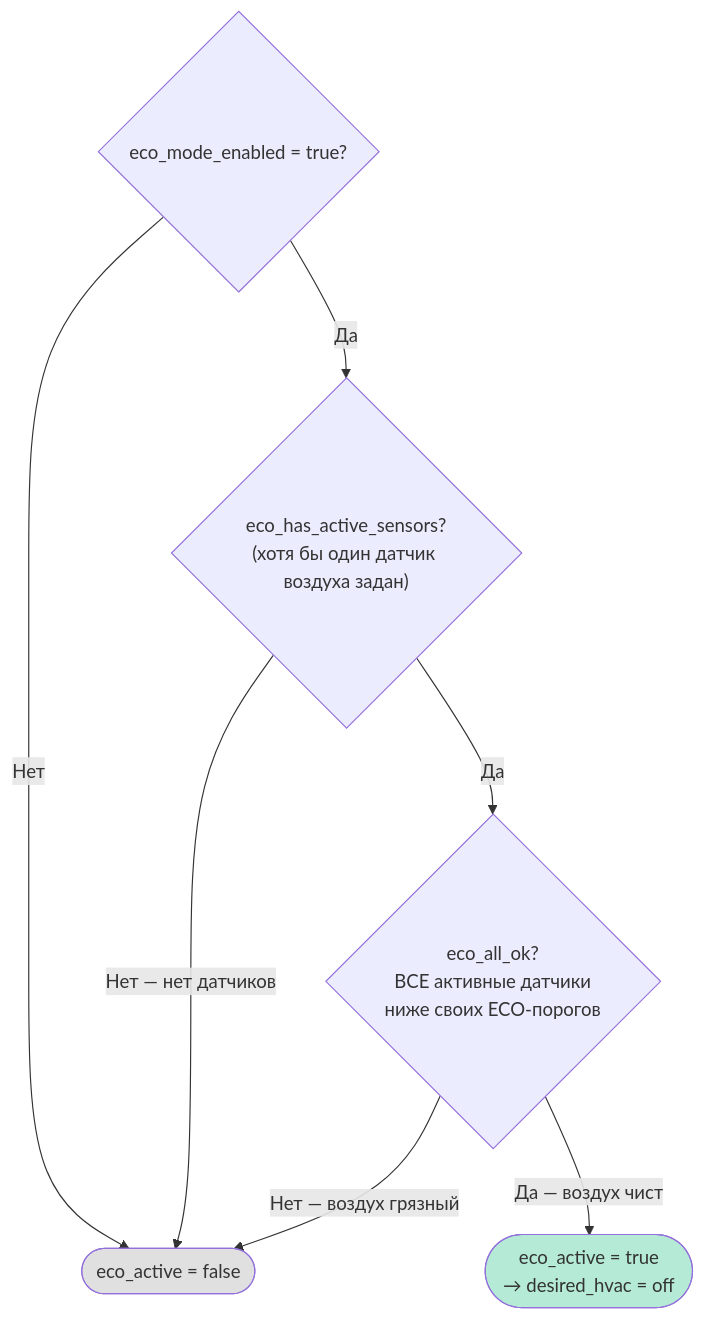
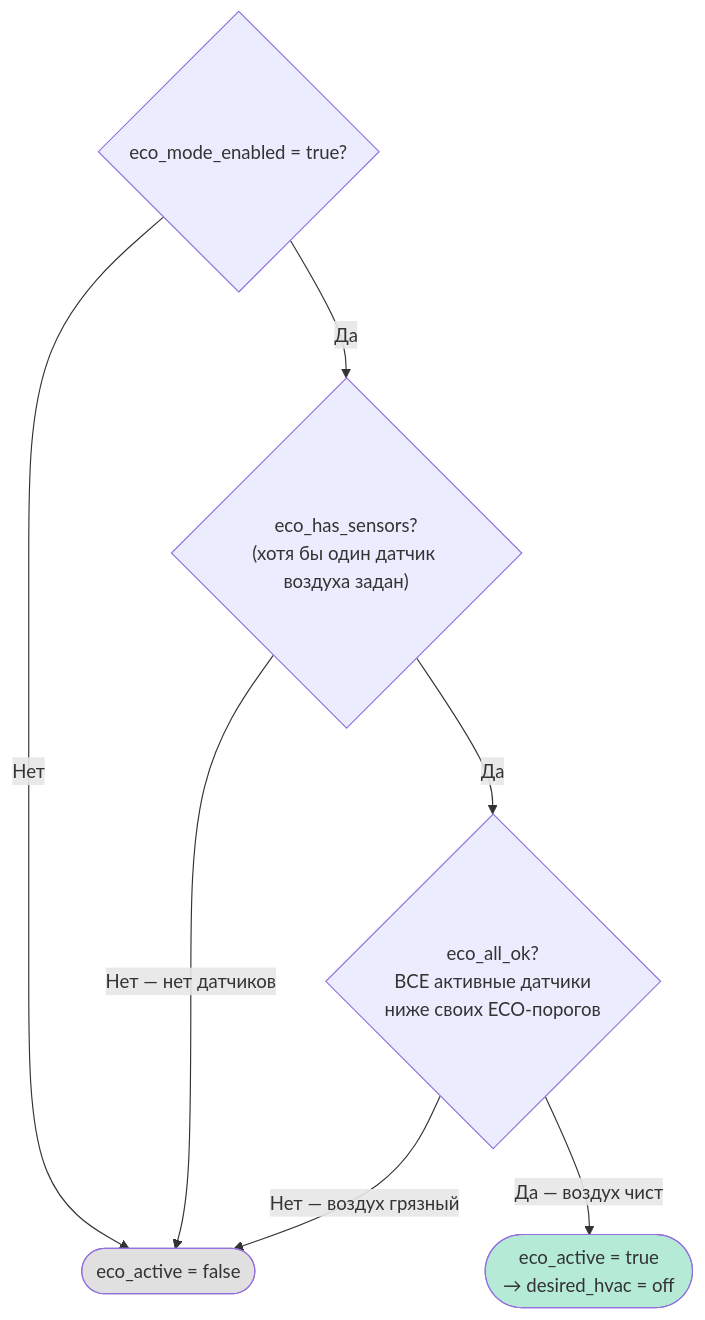
The third of 6 diagrams in docs/LOGIC.md (Gfermoto/hass-PVU), drawn with Mermaid before and after one commit. The commit also changed 8 other files, not shown here.

````diff
--- a/docs/LOGIC.md
+++ b/docs/LOGIC.md
@@ -71,12 +71,12 @@
 ```mermaid
 flowchart TD
     ECO_EN{"eco_mode_enabled = true?"} -->|Нет| INACTIVE(["eco_active = false"])
-    ECO_EN -->|Да| SENSORS{"eco_has_active_sensors?\n(хотя бы один датчик воздуха задан)"}
+    ECO_EN -->|Да| SENSORS{"eco_has_sensors?\n(хотя бы один датчик воздуха задан)"}
     SENSORS -->|Нет — нет датчиков| INACTIVE
     SENSORS -->|Да| ALL_OK{"eco_all_ok?\nВСЕ активные датчики\nниже своих ECO-порогов"}
     ALL_OK -->|Нет — воздух грязный| INACTIVE
     ALL_OK -->|Да — воздух чист| ACTIVE(["eco_active = true\n→ desired_hvac = off"])
 
     style ACTIVE fill:#b5ead7
     style INACTIVE fill:#e0e0e0
 ```
````
